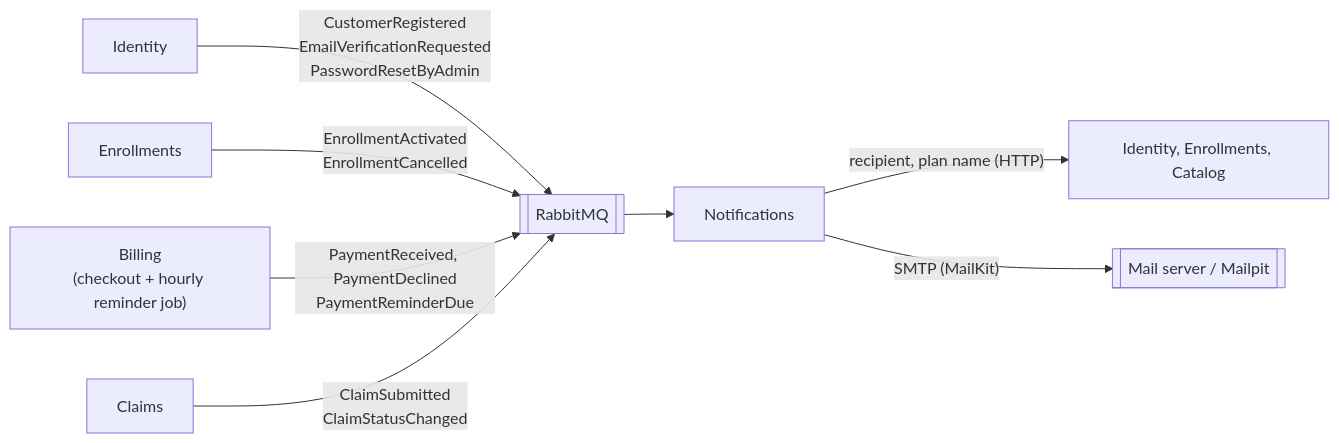
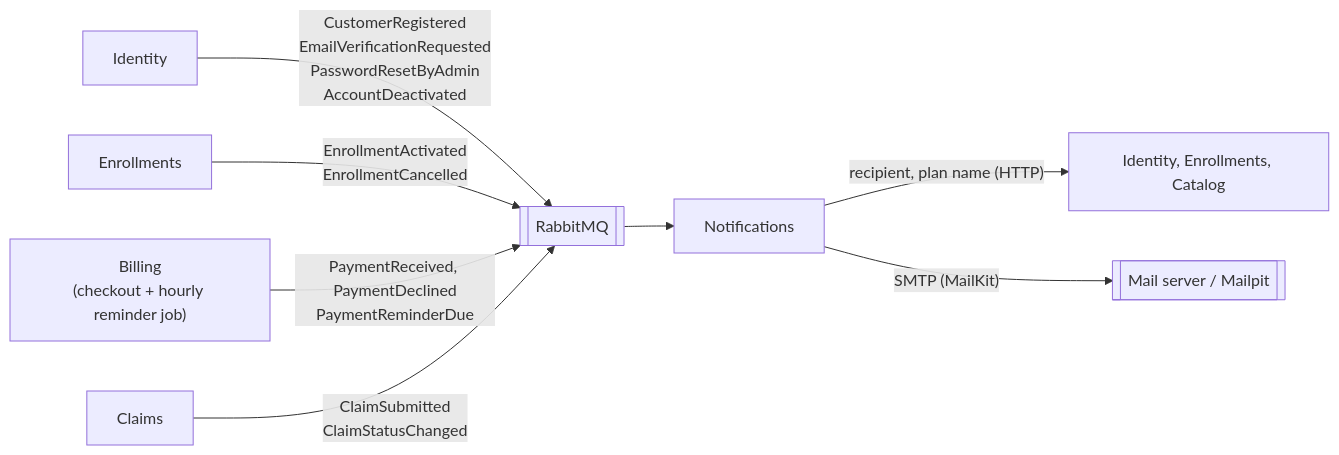
One commit to organizedanvrchy/Insurance-Full-Stack-App-MSA changed the third of 3 diagrams in README.md. Above: the diagram before and after it, drawn with Mermaid. The commit also changed other lines of this file and 33 other files, not shown here.

First line of the commit message:
Rename the emails to BVRInsurance, email deactivated customers, send claim emails sooner

````diff
--- a/README.md
+++ b/README.md
@@ -425,10 +425,10 @@
 ```mermaid
 flowchart LR
-    ID["Identity"] -- "CustomerRegistered<br/>EmailVerificationRequested<br/>PasswordResetByAdmin" --> BUS[["RabbitMQ"]]
+    ID["Identity"] -- "CustomerRegistered<br/>EmailVerificationRequested<br/>PasswordResetByAdmin<br/>AccountDeactivated" --> BUS[["RabbitMQ"]]
     EN["Enrollments"] -- "EnrollmentActivated<br/>EnrollmentCancelled" --> BUS
     BI["Billing<br/>(checkout + hourly reminder job)"] -- "PaymentReceived, PaymentDeclined<br/>PaymentReminderDue" --> BUS
     CL["Claims"] -- "ClaimSubmitted<br/>ClaimStatusChanged" --> BUS
     BUS --> NO["Notifications"]
     NO -- "recipient, plan name (HTTP)" --> LOOK["Identity, Enrollments, Catalog"]
     NO -- "SMTP (MailKit)" --> MAIL[["Mail server / Mailpit"]]
 ```
````
